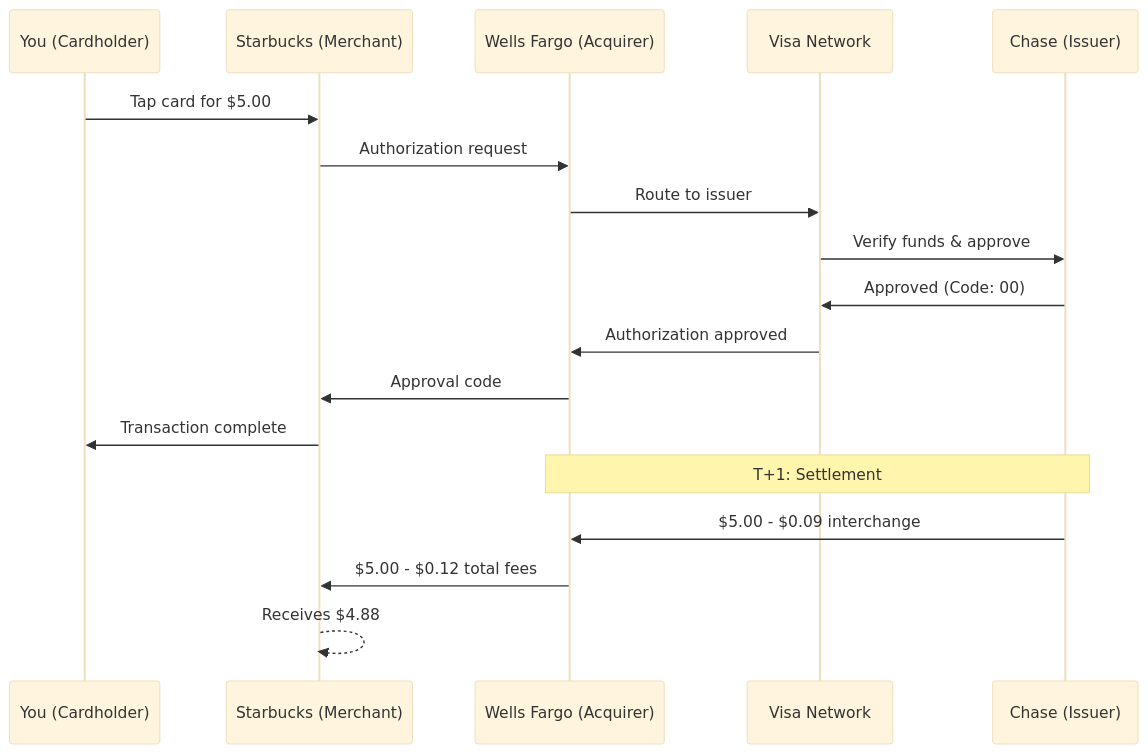
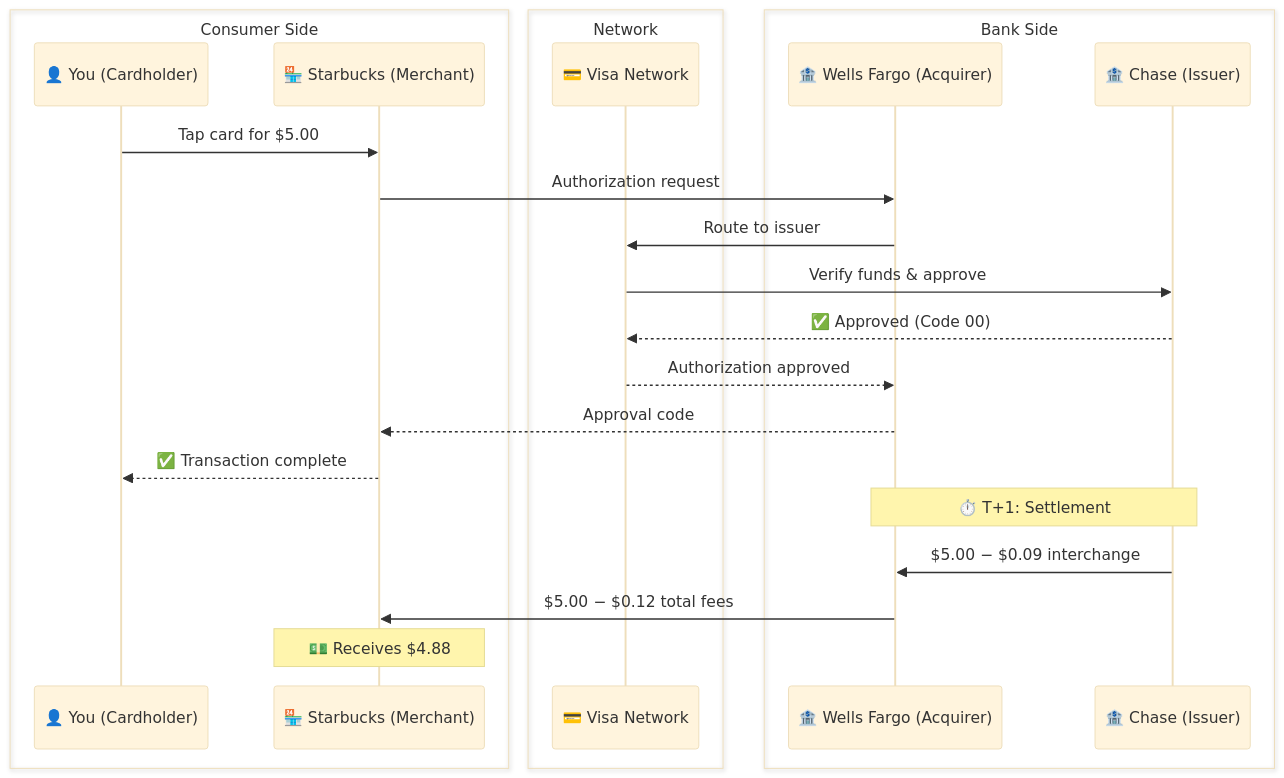
The diagram in docs/ecosystem/fundamentals/four-party-model/index.md (luzan/payment-space), drawn with Mermaid (base theme) before and after one commit. The commit also changed 38 other files, not shown here.

First line of the commit message:
fix(seo): improve LinkedIn sharing with cleaner titles and enhanced diagram

````diff
--- a/docs/ecosystem/fundamentals/four-party-model/index.md
+++ b/docs/ecosystem/fundamentals/four-party-model/index.md
@@ -82,22 +82,28 @@
 ```mermaid
 sequenceDiagram
-    participant C as You (Cardholder)
-    participant M as Starbucks (Merchant)
-    participant A as Wells Fargo (Acquirer)
-    participant N as Visa Network
-    participant I as Chase (Issuer)
+    box Consumer Side
+    participant C as 👤 You (Cardholder)
+    participant M as 🏪 Starbucks (Merchant)
+    end
+    box Network
+    participant N as 💳 Visa Network
+    end
+    box Bank Side
+    participant A as 🏦 Wells Fargo (Acquirer)
+    participant I as 🏦 Chase (Issuer)
+    end
 
     C->>M: Tap card for $5.00
     M->>A: Authorization request
     A->>N: Route to issuer
     N->>I: Verify funds & approve
-    I->>N: Approved (Code: 00)
-    N->>A: Authorization approved
-    A->>M: Approval code
-    M->>C: Transaction complete
+    I-->>N: ✅ Approved (Code 00)
+    N-->>A: Authorization approved
+    A-->>M: Approval code
+    M-->>C: ✅ Transaction complete
 
-    Note over I,A: T+1: Settlement
-    I->>A: $5.00 - $0.09 interchange
-    A->>M: $5.00 - $0.12 total fees
-    M-->>M: Receives $4.88
+    Note over I,A: ⏱️ T+1: Settlement
+    I->>A: $5.00 − $0.09 interchange
+    A->>M: $5.00 − $0.12 total fees
+    Note over M: 💵 Receives $4.88
 ```
````
